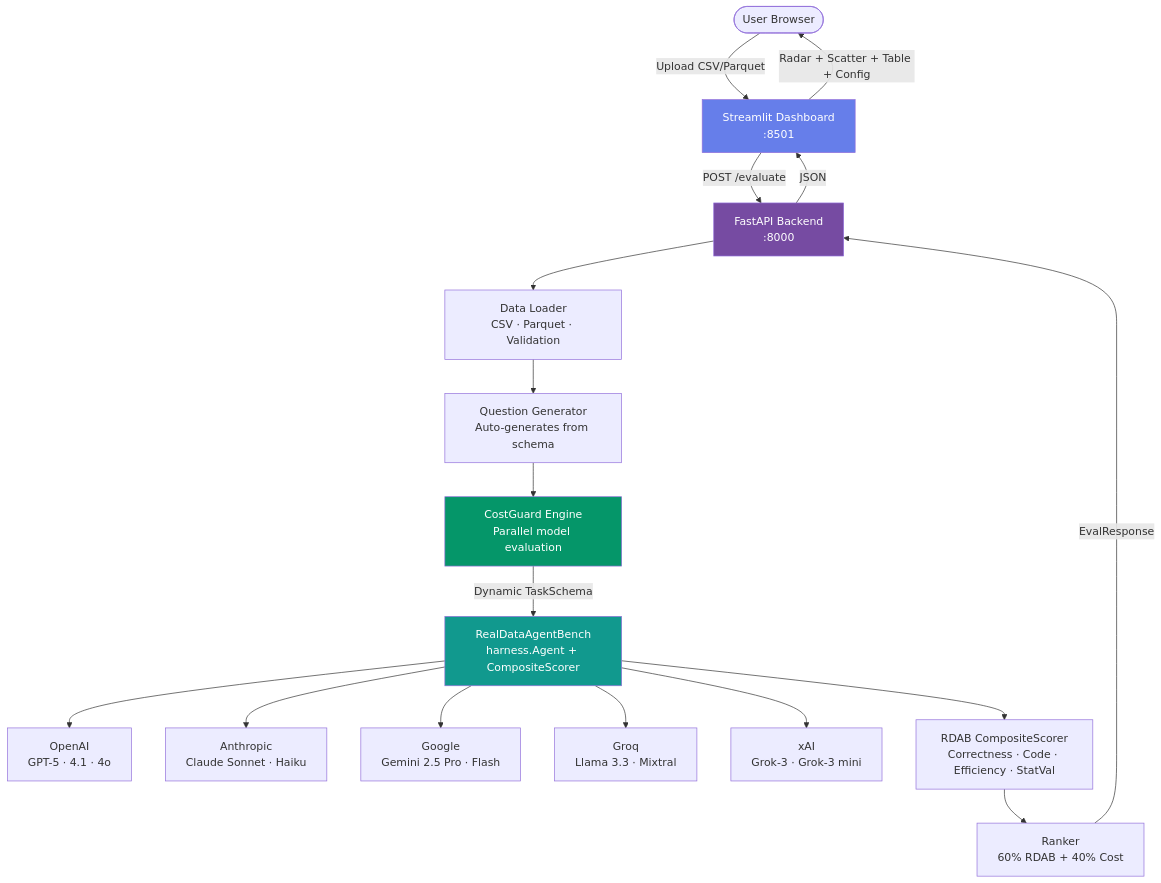
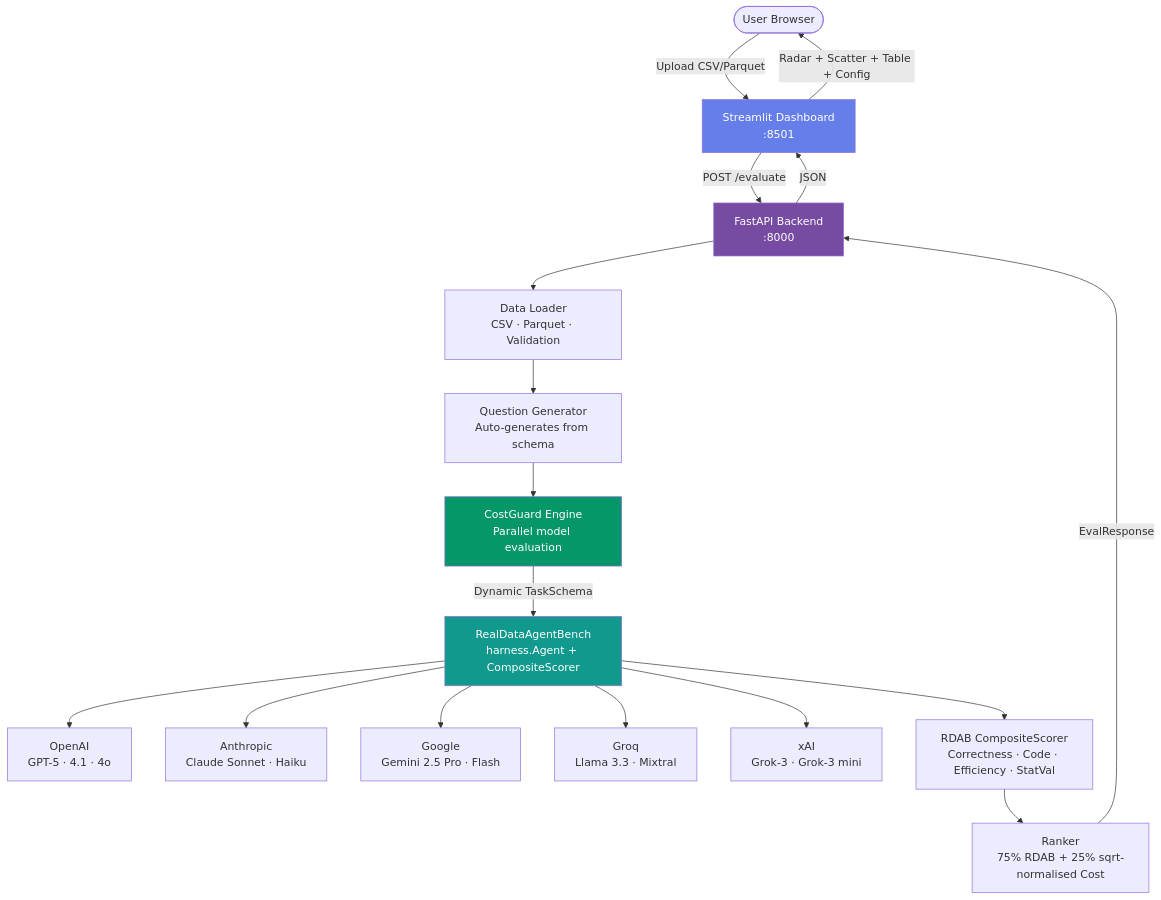
The diagram in README.md (patibandlavenkatamanideep/CostGuard), drawn with Mermaid before and after one commit. The commit also changed other lines of this file and 2 other files, not shown here.

````diff
--- a/README.md
+++ b/README.md
@@ -62,28 +62,28 @@
 ```mermaid
 graph TB
     User([User Browser]) -->|Upload CSV/Parquet| ST[Streamlit Dashboard<br/>:8501]
     ST -->|POST /evaluate| API[FastAPI Backend<br/>:8000]
 
     API --> DL[Data Loader<br/>CSV · Parquet · Validation]
     DL --> QG[Question Generator<br/>Auto-generates from schema]
     QG --> EE[CostGuard Engine<br/>Parallel model evaluation]
 
     EE -->|Dynamic TaskSchema| RDAB[RealDataAgentBench<br/>harness.Agent + CompositeScorer]
 
     RDAB --> OAI[OpenAI<br/>GPT-5 · 4.1 · 4o]
     RDAB --> ANT[Anthropic<br/>Claude Sonnet · Haiku]
     RDAB --> GGL[Google<br/>Gemini 2.5 Pro · Flash]
     RDAB --> GRQ[Groq<br/>Llama 3.3 · Mixtral]
     RDAB --> XAI[xAI<br/>Grok-3 · Grok-3 mini]
 
     RDAB --> SC[RDAB CompositeScorer<br/>Correctness · Code · Efficiency · StatVal]
-    SC --> RK[Ranker<br/>60% RDAB + 40% Cost]
+    SC --> RK[Ranker<br/>75% RDAB + 25% sqrt-normalised Cost]
     RK -->|EvalResponse| API
     API -->|JSON| ST
     ST -->|Radar + Scatter + Table + Config| User
 
     style ST fill:#667eea,color:#fff
     style API fill:#764ba2,color:#fff
     style RDAB fill:#11998e,color:#fff
     style EE fill:#059669,color:#fff
 ```
````
